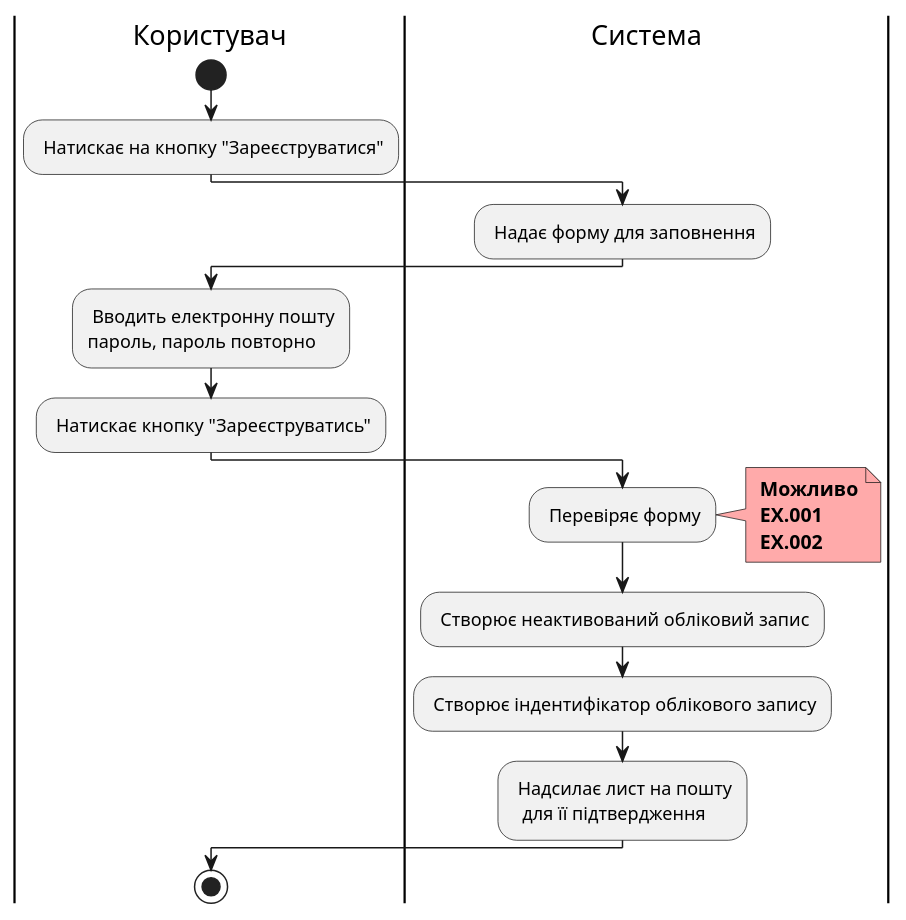
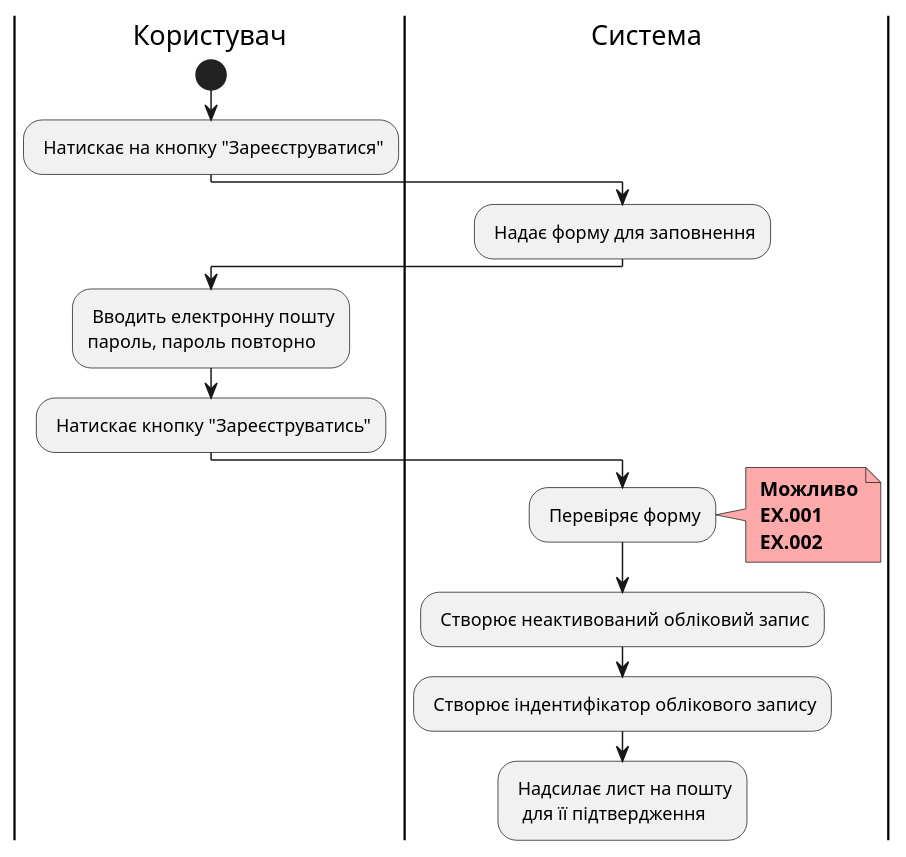
One commit to Oleh-Khomenko/AMC changed the diagram in docs/use cases/README.md. Above: the diagram before and after it, drawn with PlantUML.

```diff
--- a/docs/use cases/README.md
+++ b/docs/use cases/README.md
@@ -5,25 +5,24 @@
 @startuml
 |Користувач|
         start
         : Натискає на кнопку "Зареєструватися";
     |Система|
         : Надає форму для заповнення;
     |Користувач| 
         : Вводить електронну пошту
         пароль, пароль повторно;
         : Натискає кнопку "Зареєструватись";
     |Система|
         : Перевіряє форму;
         note right #ffaaaa
         <b> Можливо
         <b> EX.001
         <b> EX.002
         end note
         : Створює неактивований обліковий запис;
         : Створює індентифікатор облікового запису;
         : Надсилає лист на пошту
           для її підтвердження;    
         
-    |Користувач|
-        stop;
+   
 @enduml
```
